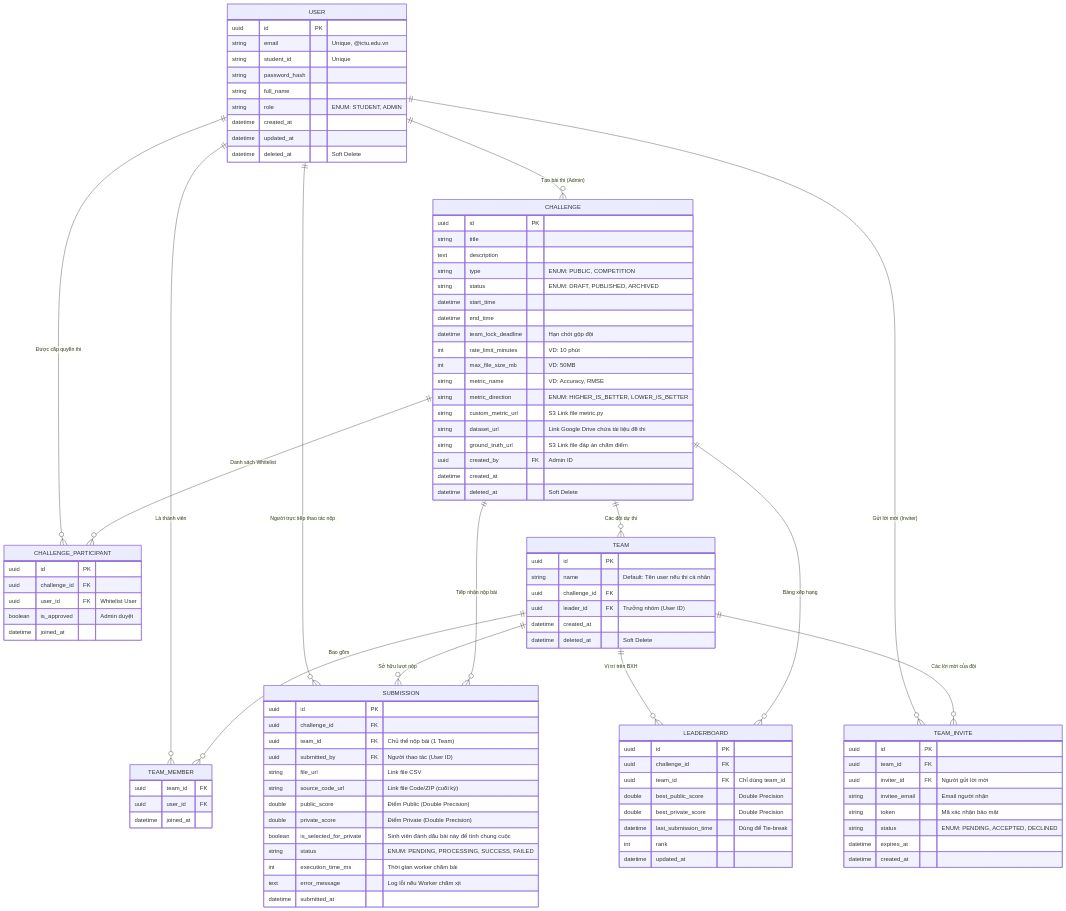
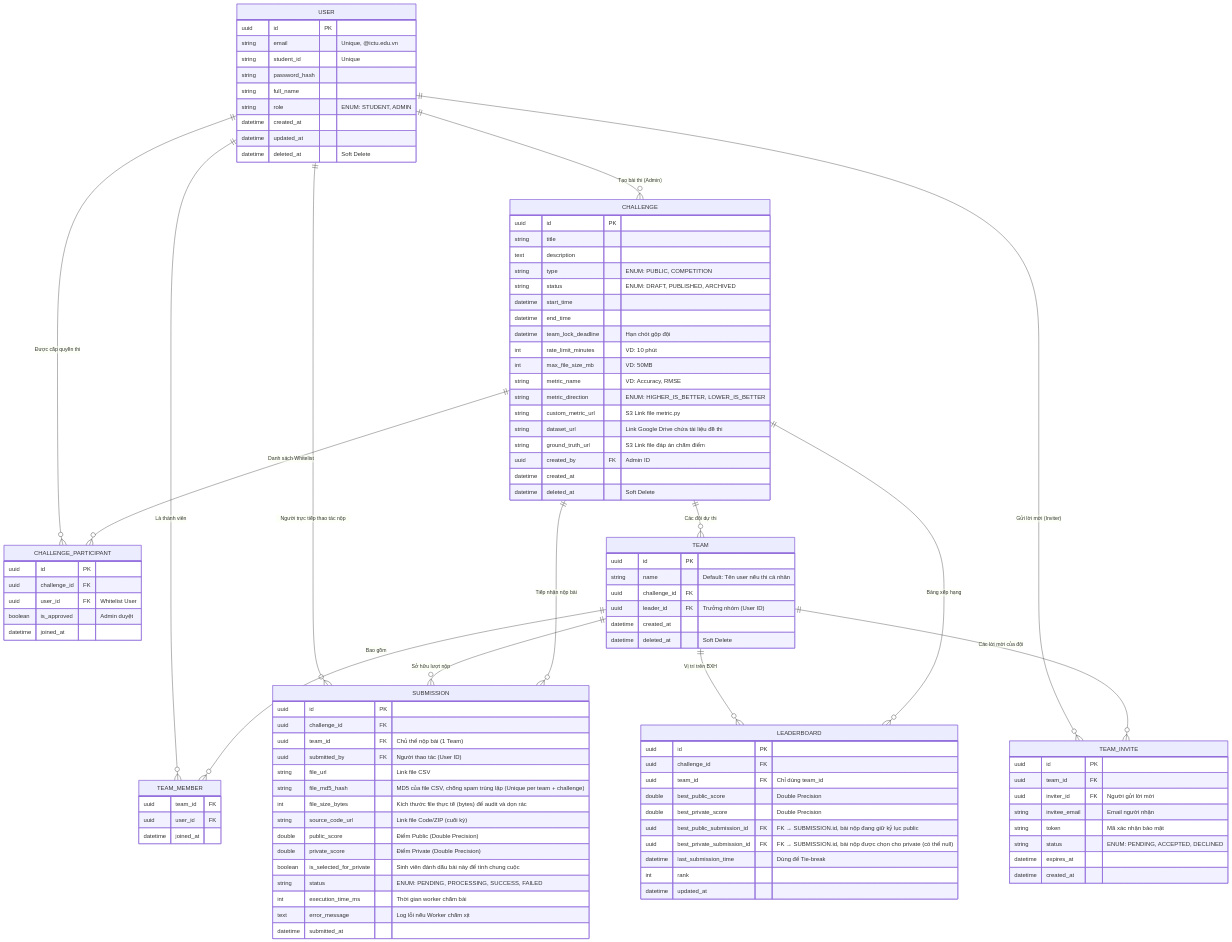
Before and after one commit to Cong-ty-TNNH-Q-Tech/ICTU-AI-JUDGE: the diagram in docs/erd.md, drawn with Mermaid. The commit also changed other lines of this file and 4 other files, not shown here.

First line of the commit message:
docs: fix 11 issues in BA, UC, ERD, Architecture and OpenAPI

```diff
--- a/docs/erd.md
+++ b/docs/erd.md
@@ -99,6 +99,8 @@
         uuid team_id FK "Chủ thể nộp bài (1 Team)"
         uuid submitted_by FK "Người thao tác (User ID)"
         string file_url "Link file CSV"
+        string file_md5_hash "MD5 của file CSV, chống spam trùng lặp (Unique per team + challenge)"
+        int file_size_bytes "Kích thước file thực tế (bytes) để audit và dọn rác"
         string source_code_url "Link file Code/ZIP (cuối kỳ)"
         double public_score "Điểm Public (Double Precision)"
         double private_score "Điểm Private (Double Precision)"
@@ -115,6 +117,8 @@
         uuid team_id FK "Chỉ dùng team_id"
         double best_public_score "Double Precision"
         double best_private_score "Double Precision"
+        uuid best_public_submission_id FK "FK → SUBMISSION.id, bài nộp đang giữ kỷ lục public"
+        uuid best_private_submission_id FK "FK → SUBMISSION.id, bài nộp được chọn cho private (có thể null)"
         datetime last_submission_time "Dùng để Tie-break"
         int rank
         datetime updated_at
```
